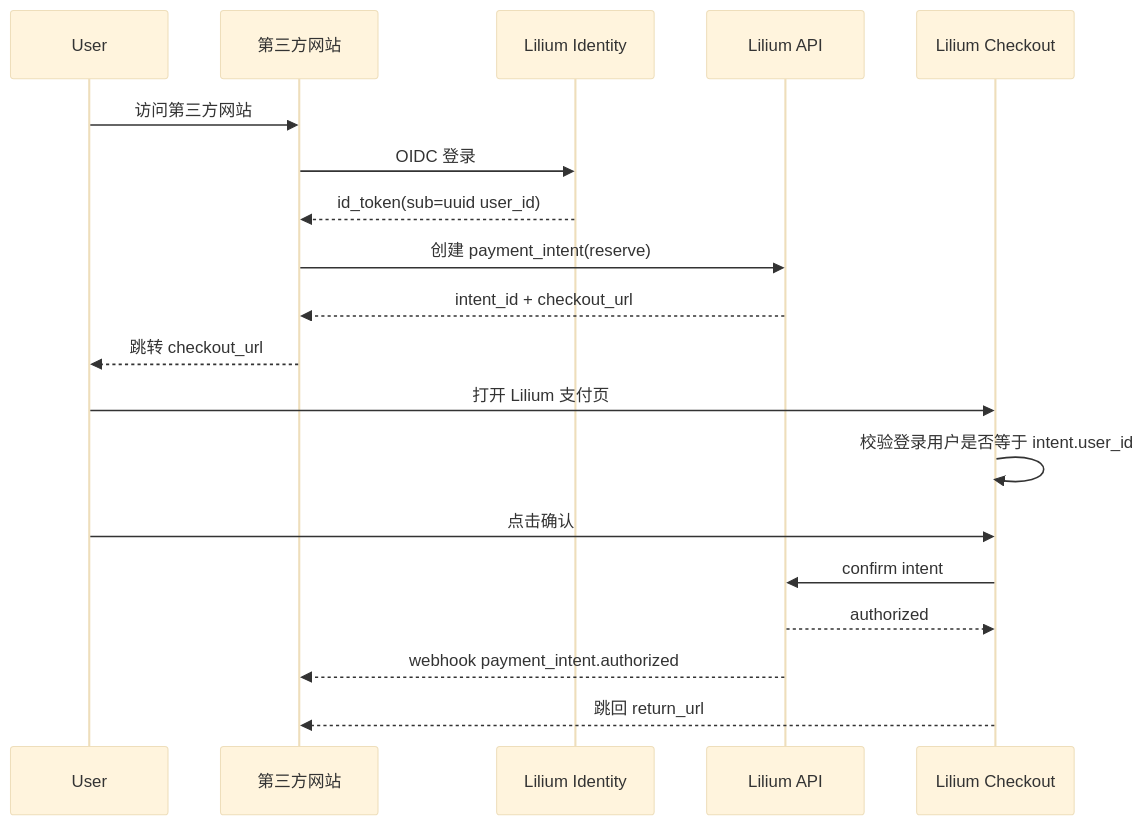
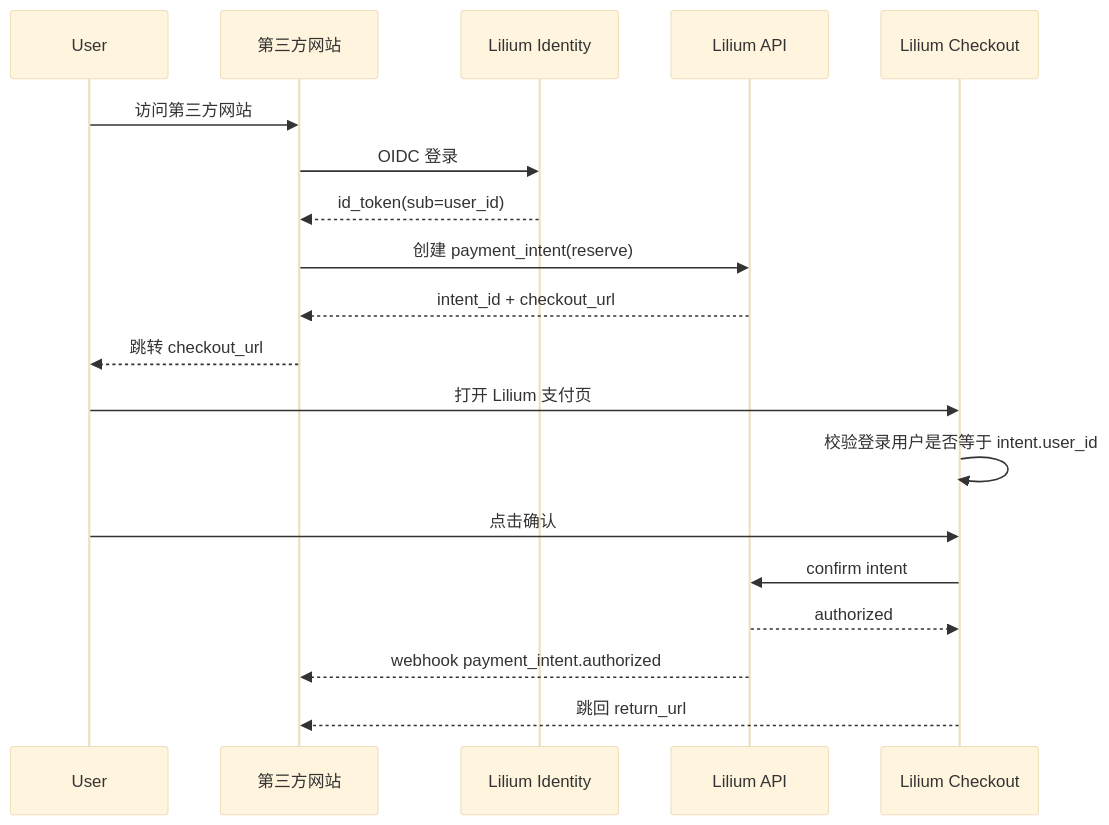
The second of 6 diagrams in docs/lilium-open-clearing-api-design.md (kuma-dzmm/lilium-payment-docs), drawn with Mermaid (base theme) before and after one commit. The commit also changed other lines of this file and 2 other files, not shown here.

Commit message:
docs: unify user_id contract wording

````diff
--- a/docs/lilium-open-clearing-api-design.md
+++ b/docs/lilium-open-clearing-api-design.md
@@ -908,22 +913,22 @@
 ```mermaid
 sequenceDiagram
 participant User
 participant Partner as 第三方网站
 participant LiliumId as Lilium Identity
 participant LiliumApi as Lilium API
 participant Checkout as Lilium Checkout
 
 User->>Partner: 访问第三方网站
 Partner->>LiliumId: OIDC 登录
-LiliumId-->>Partner: id_token(sub=uuid user_id)
+LiliumId-->>Partner: id_token(sub=user_id)
 Partner->>LiliumApi: 创建 payment_intent(reserve)
 LiliumApi-->>Partner: intent_id + checkout_url
 Partner-->>User: 跳转 checkout_url
 User->>Checkout: 打开 Lilium 支付页
 Checkout->>Checkout: 校验登录用户是否等于 intent.user_id
 User->>Checkout: 点击确认
 Checkout->>LiliumApi: confirm intent
 LiliumApi-->>Checkout: authorized
 LiliumApi-->>Partner: webhook payment_intent.authorized
 Checkout-->>Partner: 跳回 return_url
 ```
````
